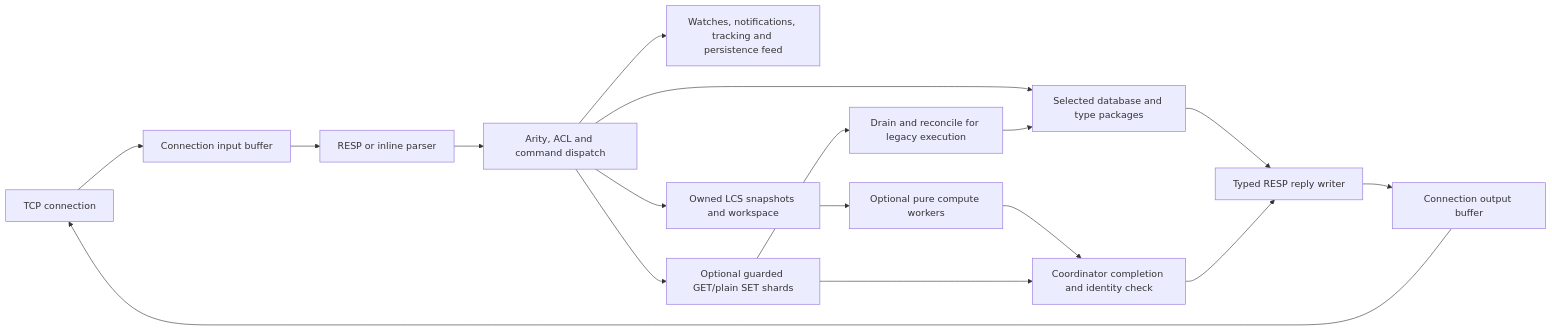
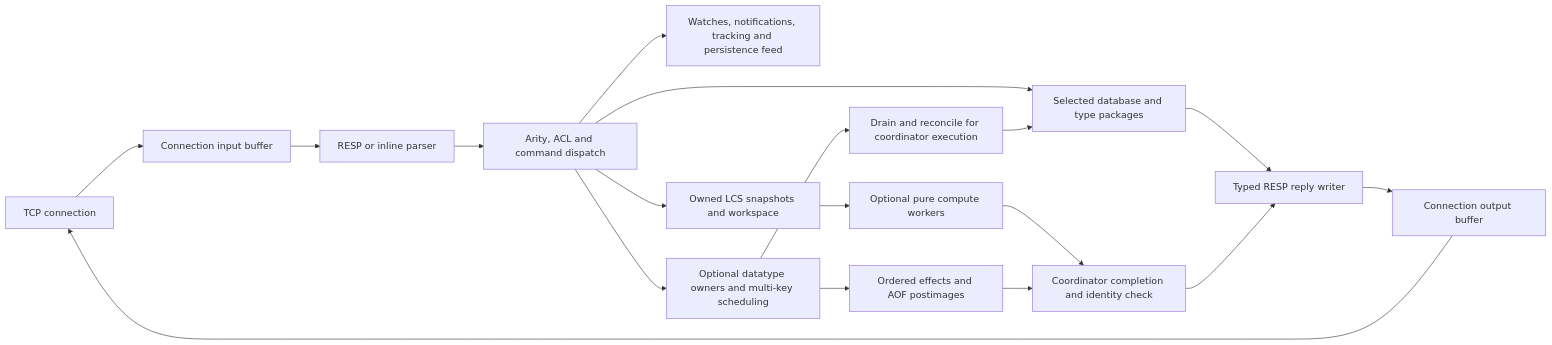
Before and after one commit to vighnesh-bheed/eski: the first of 2 diagrams in docs/architecture.md, drawn with Mermaid. The commit also changed other lines of this file and 458 other files, not shown here.

````diff
--- a/docs/architecture.md
+++ b/docs/architecture.md
@@ -5,19 +5,20 @@
 ```mermaid
 flowchart LR
     Socket[TCP connection] --> Input[Connection input buffer]
     Input --> Parser[RESP or inline parser]
     Parser --> Dispatch[Arity, ACL and command dispatch]
     Dispatch --> Keys[Selected database and type packages]
     Keys --> Reply[Typed RESP reply writer]
     Reply --> Output[Connection output buffer]
     Output --> Socket
     Dispatch --> Effects[Watches, notifications, tracking and persistence feed]
     Dispatch --> Snapshot[Owned LCS snapshots and workspace]
     Snapshot --> Compute[Optional pure compute workers]
     Compute --> Complete[Coordinator completion and identity check]
     Complete --> Reply
-    Dispatch --> Shards[Optional guarded GET/plain SET shards]
-    Shards --> Complete
-    Shards --> Barrier[Drain and reconcile for legacy execution]
+    Dispatch --> Shards[Optional datatype owners and multi-key scheduling]
+    Shards --> Ordered[Ordered effects and AOF postimages]
+    Ordered --> Complete
+    Shards --> Barrier[Drain and reconcile for coordinator execution]
     Barrier --> Keys
 ```
````
